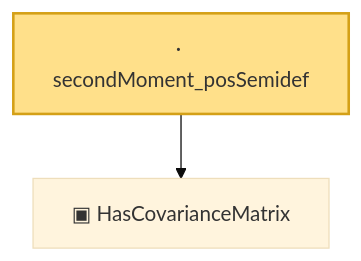
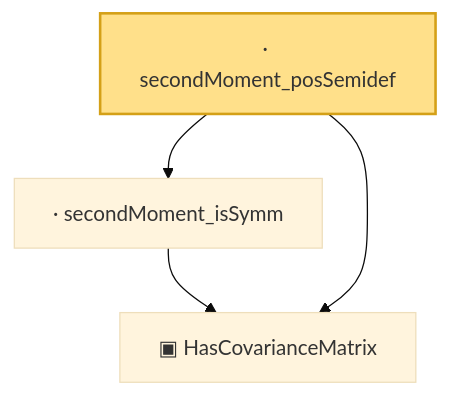
The diagram in public/narratives/HighDim/secondMoment_posSemidef.md (statopia/statlib-site), drawn with Mermaid (base theme) before and after one commit. The commit also changed other lines of this file and 1165 other files, not shown here.

First line of the commit message:
feat: restructure to 6 pages + regenerate knowledge graph from main

````diff
--- a/public/narratives/HighDim/secondMoment_posSemidef.md
+++ b/public/narratives/HighDim/secondMoment_posSemidef.md
@@ -13,9 +14,12 @@
 ```mermaid
 flowchart TD
   n0["▣ HasCovarianceMatrix"]
-  n1["· secondMoment_posSemidef"]
+  n1["· secondMoment_isSymm"]
+  n2["· secondMoment_posSemidef"]
   n1 --> n0
-  class n1 headline;
+  n2 --> n0
+  n2 --> n1
+  class n2 headline;
   classDef headline fill:#ffe08a,stroke:#d4a017,stroke-width:2px;
   classDef axiomNode fill:#ffd0d0,stroke:#c0392b,stroke-dasharray:4 2;
 ```
````
